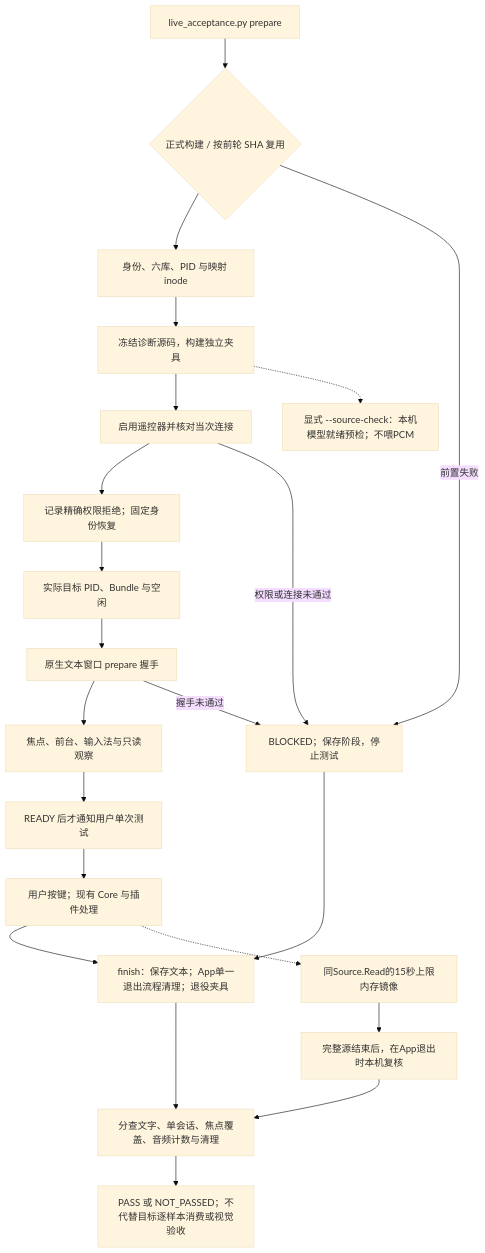
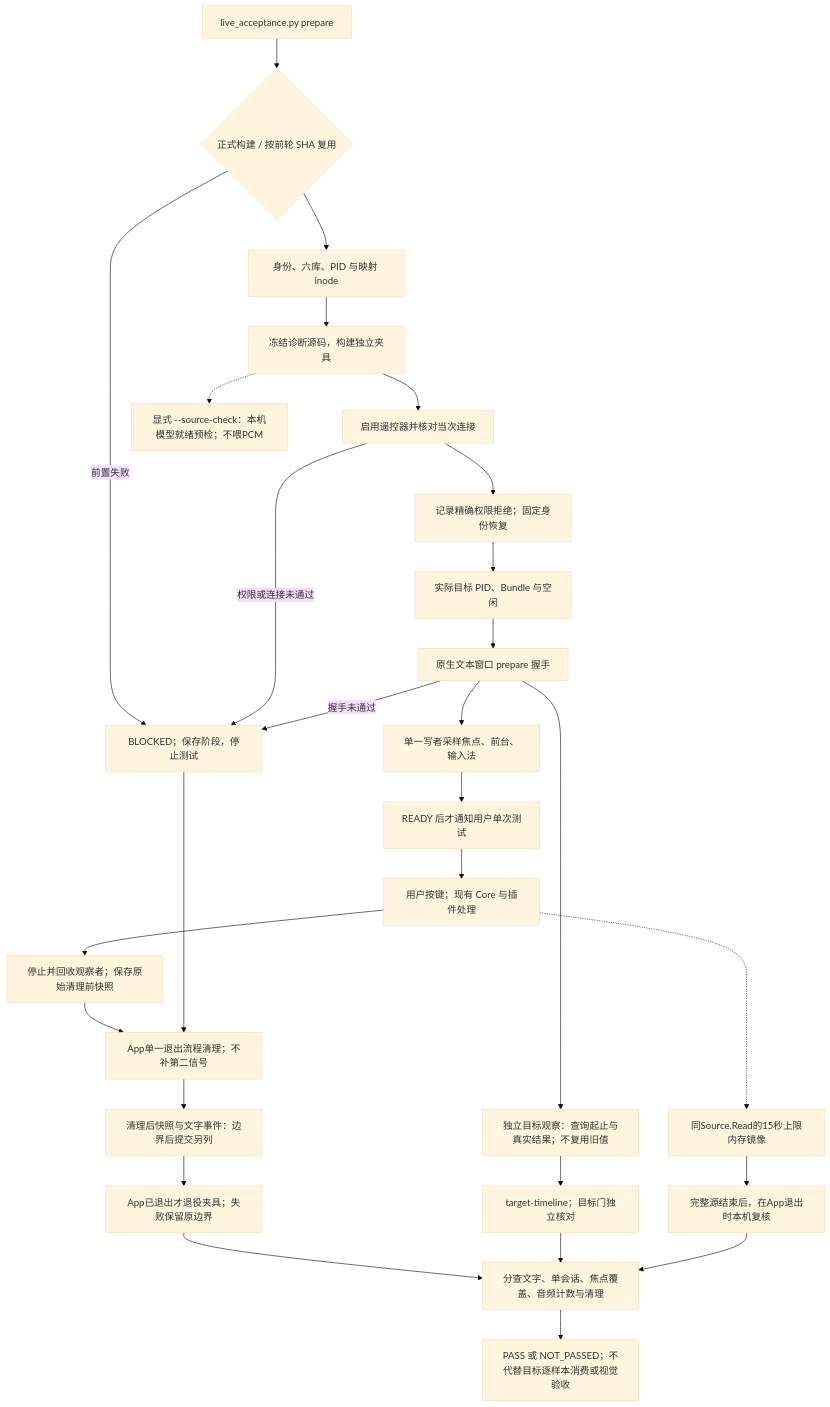
Before and after one commit to daftAI2026/MiMac: the diagram in tools/workbench/diagrams/live-acceptance.mmd, drawn with Mermaid (base theme). The commit also changed 8 other files, not shown here.

```diff
--- a/tools/workbench/diagrams/live-acceptance.mmd
+++ b/tools/workbench/diagrams/live-acceptance.mmd
@@ -1,22 +1,28 @@
 flowchart TD
     entry["live_acceptance.py prepare"] --> fixed{"正式构建 / 按前轮 SHA 复用"}
     fixed --> identity["身份、六库、PID 与映射 inode"]
     identity --> native["冻结诊断源码，构建独立夹具"]
     native --> route["启用遥控器并核对当次连接"]
     route --> permission["记录精确权限拒绝；固定身份恢复"]
     permission --> idle["实际目标 PID、Bundle 与空闲"]
     idle --> client["原生文本窗口 prepare 握手"]
-    client --> focus["焦点、前台、输入法与只读观察"]
+    client --> focus["单一写者采样焦点、前台、输入法"]
+    client --> targetWatch["独立目标观察：查询起止与真实结果；不复用旧值"]
+    targetWatch --> targetLog["target-timeline；目标门独立核对"]
     focus --> ready["READY 后才通知用户单次测试"]
     fixed -->|前置失败| blocked["BLOCKED；保存阶段，停止测试"]
     route -->|权限或连接未通过| blocked
     client -->|握手未通过| blocked
     ready --> human["用户按键；现有 Core 与插件处理"]
-    human --> finish["finish：保存文本；App单一退出流程清理；退役夹具"]
+    human --> boundary["停止并回收观察者；保存原始清理前快照"]
+    boundary --> finish["App单一退出流程清理；不补第二信号"]
+    finish --> post["清理后快照与文字事件：边界后提交另列"]
+    post --> closeClient["App已退出才退役夹具；失败保留原边界"]
     blocked --> finish
-    finish --> evidence["分查文字、单会话、焦点覆盖、音频计数与清理"]
+    closeClient --> evidence["分查文字、单会话、焦点覆盖、音频计数与清理"]
+    targetLog --> evidence
     evidence --> result["PASS 或 NOT_PASSED；不代替目标逐样本消费或视觉验收"]
     native -.-> probeMode["显式 --source-check：本机模型就绪预检；不喂PCM"]
     human -.-> mirror["同Source.Read的15秒上限内存镜像"]
     mirror --> exitReplay["完整源结束后，在App退出时本机复核"]
     exitReplay --> evidence
```
